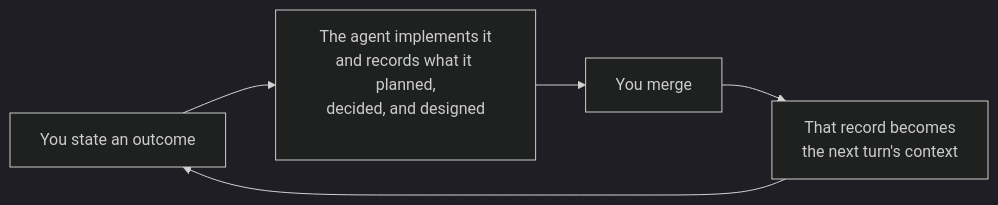
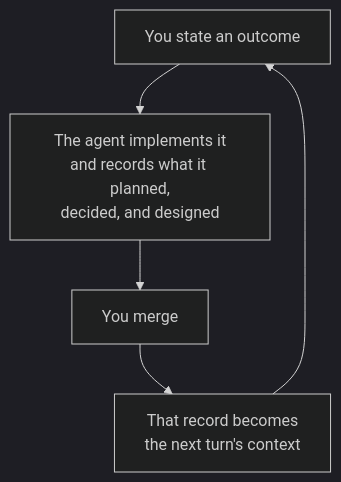
One commit to cliewen/cliewen changed the diagram in guide/what-you-can-do.md. Above: the diagram before and after it, drawn with Mermaid (dark theme). The commit also changed 3 other files, not shown here.

Commit message:
Standardize Mermaid diagrams' flow direction across the guide

````diff
--- a/guide/what-you-can-do.md
+++ b/guide/what-you-can-do.md
@@ -25,7 +25,7 @@
 ```mermaid
-graph LR
-  Y["You state an outcome"] --> A["The agent implements it<br/>and records what it planned,<br/>decided, and designed<br/>&nbsp;"]
+graph TD
+  Y["You state an outcome"] --> A["The agent implements it<br/>and records what it planned,<br/>decided, and designed"]
   A --> M["You merge"]
   M --> R["That record becomes<br/>the next turn's context"]
   R --> Y
 ```
````
